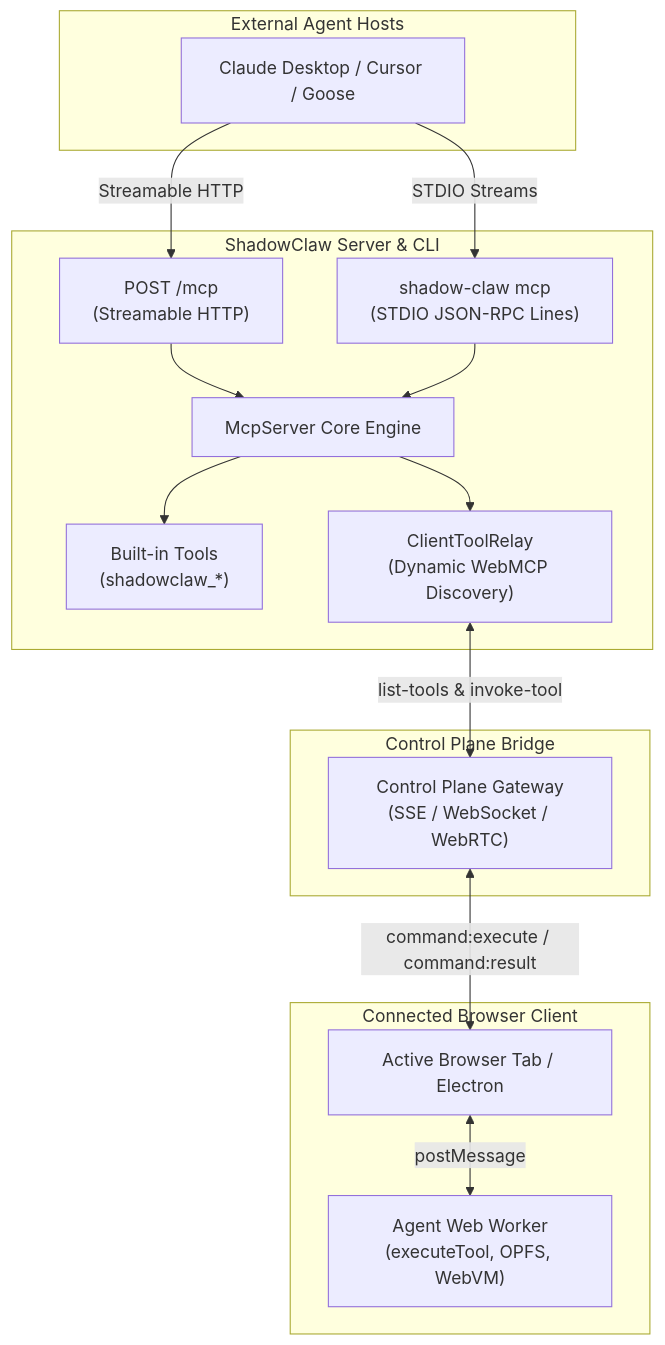
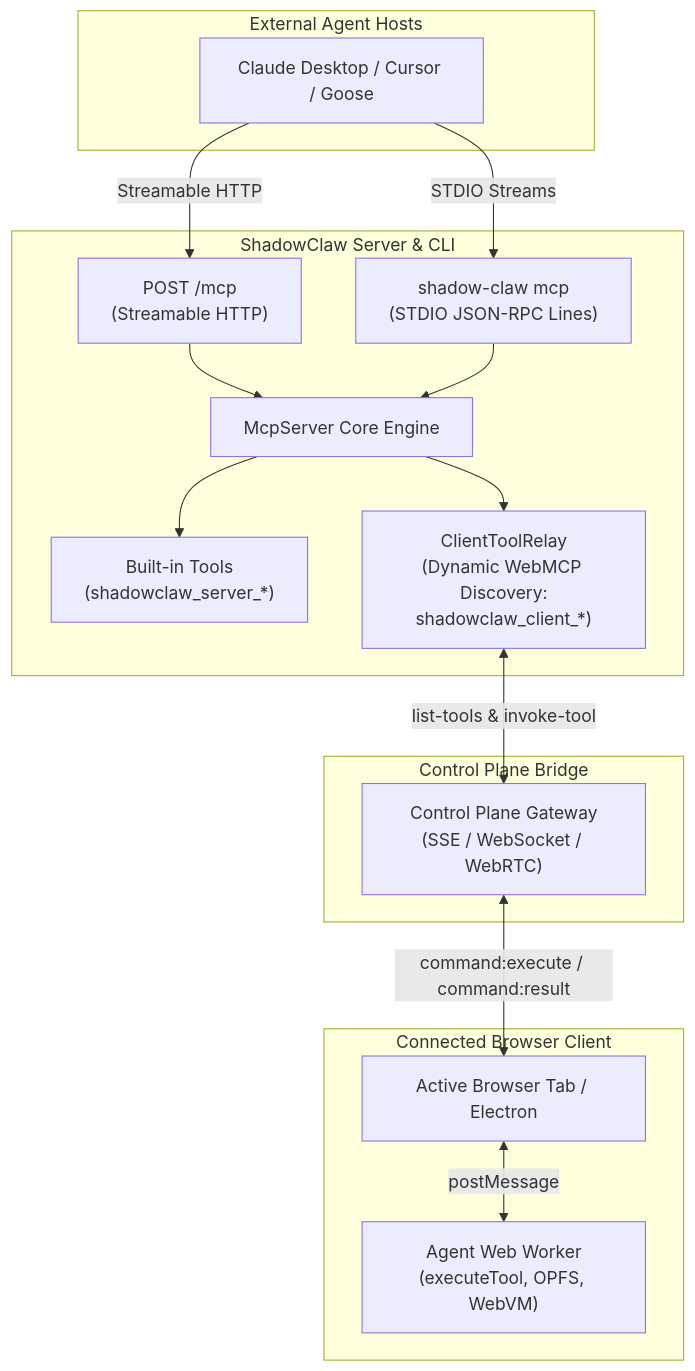
The diagram in docs/subsystems/mcp-server.md (xt-ml/shadow-claw), drawn with Mermaid before and after one commit. The commit also changed other lines of this file and 46 other files, not shown here.

First line of the commit message:
Support push client discovery

````diff
--- a/docs/subsystems/mcp-server.md
+++ b/docs/subsystems/mcp-server.md
@@ -21,33 +21,33 @@
 ```mermaid
 graph TB
     subgraph External ["External Agent Hosts"]
         CLAUDE["Claude Desktop / Cursor / Goose"]
     end
 
     subgraph ShadowClawServer ["ShadowClaw Server & CLI"]
         HTTP_ENDPOINT["POST /mcp<br>(Streamable HTTP)"]
         STDIO_ENDPOINT["shadow-claw mcp<br>(STDIO JSON-RPC Lines)"]
         ENGINE["McpServer Core Engine<br>"]
-        BUILTIN["Built-in Tools<br>(shadowclaw_*)"]
-        RELAY["ClientToolRelay<br>(Dynamic WebMCP Discovery)"]
+        BUILTIN["Built-in Tools<br>(shadowclaw_server_*)"]
+        RELAY["ClientToolRelay<br>(Dynamic WebMCP Discovery:<br>shadowclaw_client_*)"]
     end
 
     subgraph ControlPlane ["Control Plane Bridge"]
         CP_GW["Control Plane Gateway<br>(SSE / WebSocket / WebRTC)"]
     end
 
     subgraph Browser ["Connected Browser Client"]
         TAB["Active Browser Tab / Electron"]
         WORKER["Agent Web Worker<br>(executeTool, OPFS, WebVM)"]
     end
 
     CLAUDE -->|Streamable HTTP| HTTP_ENDPOINT
     CLAUDE -->|STDIO Streams| STDIO_ENDPOINT
     HTTP_ENDPOINT --> ENGINE
     STDIO_ENDPOINT --> ENGINE
     ENGINE --> BUILTIN
     ENGINE --> RELAY
     RELAY <-->|list-tools & invoke-tool| CP_GW
     CP_GW <-->|command:execute / command:result| TAB
     TAB <-->|postMessage| WORKER
 ```
````
